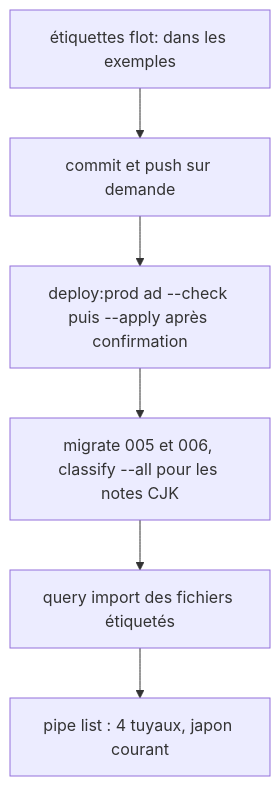
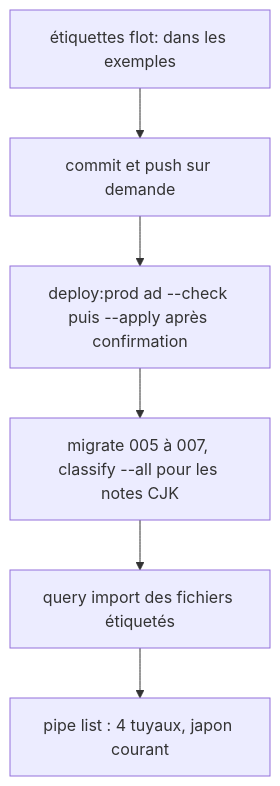
The first of 2 diagrams in aidd_docs/tasks/2026_10/2026_10_30_exploration-tuyaux/phase-4.md (RebelliousSmile/webpool), drawn with Mermaid before and after one commit. The commit also changed other lines of this file and 2 other files, not shown here.

Commit message:
Migrations des tuyaux renumérotées 006 et 007 : main a publié 005_api_client

````diff
--- a/aidd_docs/tasks/2026_10/2026_10_30_exploration-tuyaux/phase-4.md
+++ b/aidd_docs/tasks/2026_10/2026_10_30_exploration-tuyaux/phase-4.md
@@ -30,8 +30,8 @@
 ```mermaid
 flowchart TD
   A[étiquettes flot: dans les exemples] --> B[commit et push sur demande]
   B --> C[deploy:prod ad --check puis --apply après confirmation]
-  C --> D[migrate 005 et 006, classify --all pour les notes CJK]
+  C --> D[migrate 005 à 007, classify --all pour les notes CJK]
   D --> E[query import des fichiers étiquetés]
   E --> F[pipe list : 4 tuyaux, japon courant]
 ```
````
